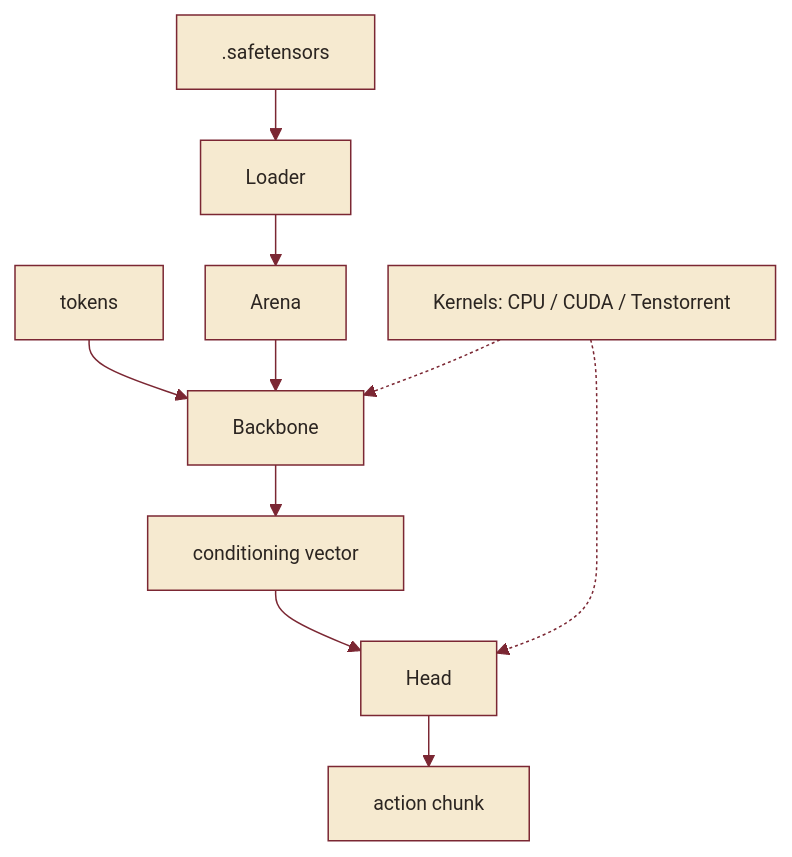
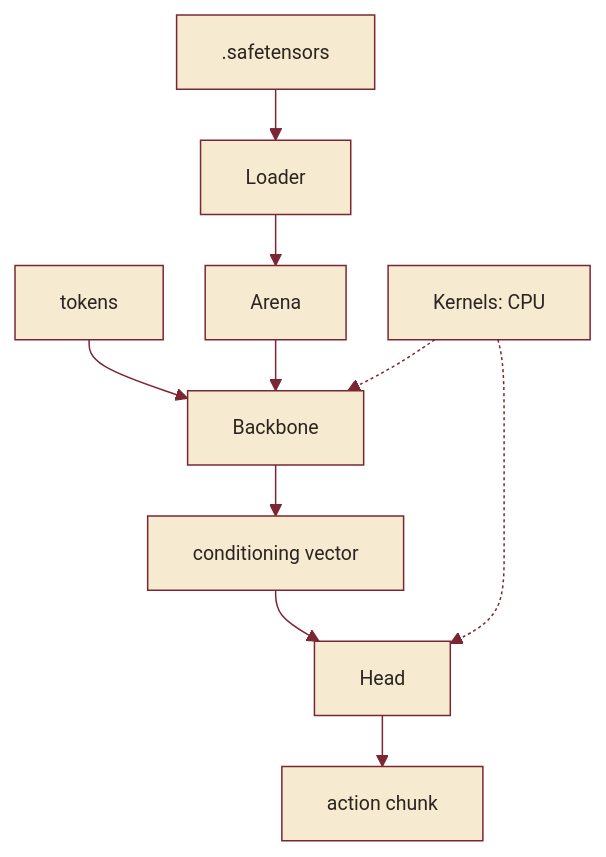
The diagram in docs/index.md (elprofesoriqo/FlowEdge), drawn with Mermaid before and after one commit. The commit also changed 2 other files, not shown here.

Commit message:
build: restrict backends to implemented CPU targets

````diff
--- a/docs/index.md
+++ b/docs/index.md
@@ -48,13 +48,13 @@
 ```{mermaid}
 %%{init: {'theme':'base','flowchart':{'htmlLabels':false,'nodeSpacing':28,'rankSpacing':34,'useMaxWidth':false},'themeVariables':{'primaryColor':'#f6ead0','primaryBorderColor':'#7b2733','lineColor':'#7b2733','primaryTextColor':'#2b2521','secondaryColor':'#eaddbf','tertiaryColor':'#faf3e2','fontFamily':'system-ui, -apple-system, Segoe UI, Roboto, sans-serif','fontSize':'13px'}}}%%
 graph TD
   W[".safetensors"] --> L[Loader]
   L --> A[Arena]
   T[tokens] --> B[Backbone]
   A --> B
   B --> C[conditioning vector]
   C --> H[Head]
   H --> ACT[action chunk]
-  K["Kernels: CPU / CUDA / Tenstorrent"] -.-> B
+  K["Kernels: CPU"] -.-> B
   K -.-> H
 ```
````
